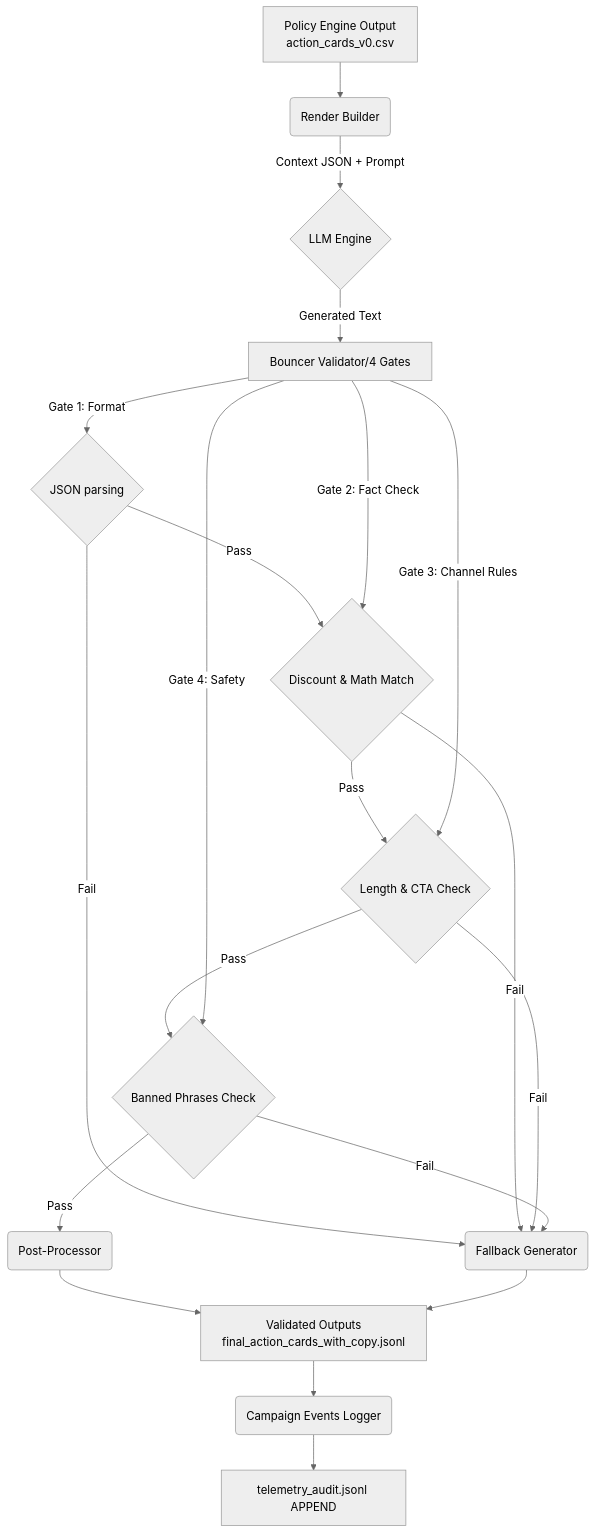
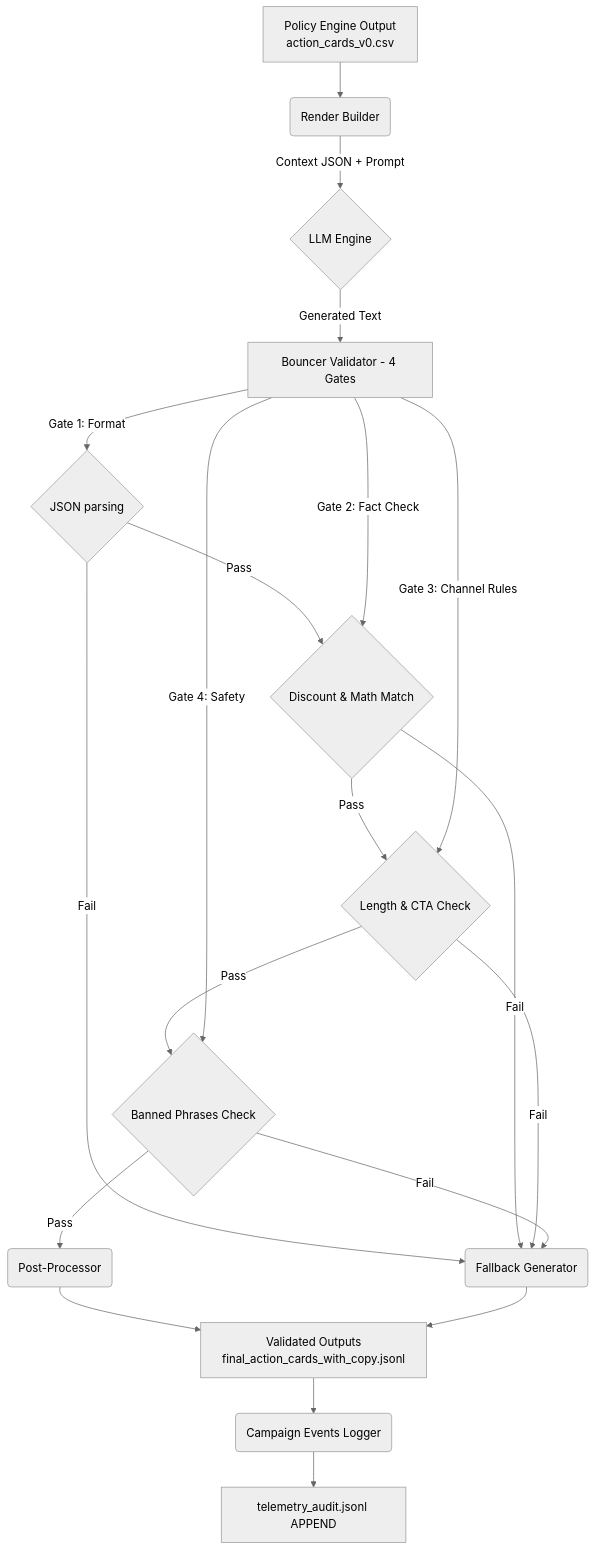
The diagram in docs/architecture/LLM_Explainer_Bouncer_Pattern_Architecture_v0.md (by2566-hash/CPG-Decision-Engine-MVP-v0), drawn with Mermaid (neutral theme) before and after one commit.

````diff
--- a/docs/architecture/LLM_Explainer_Bouncer_Pattern_Architecture_v0.md
+++ b/docs/architecture/LLM_Explainer_Bouncer_Pattern_Architecture_v0.md
@@ -11,26 +11,26 @@
 ```mermaid
 flowchart TD
     A[Policy Engine Output\naction_cards_v0.csv] --> B(Render Builder)
     B -->|Context JSON + Prompt| C{LLM Engine}
-    C -->|Generated Text| D[Bouncer Validator/4 Gates]
+    C -->|Generated Text| D[Bouncer Validator - 4 Gates]
     
     D -->|Gate 1: Format| G1{JSON parsing}
     G1 -->|Pass| G2
     
     D -->|Gate 2: Fact Check| G2{Discount & Math Match}
     G2 -->|Pass| G3
     
     D -->|Gate 3: Channel Rules| G3{Length & CTA Check}
     G3 -->|Pass| G4
     
     D -->|Gate 4: Safety| G4{Banned Phrases Check}
     
     G4 -->|Pass| E(Post-Processor)
     G1 & G2 & G3 & G4 -->|Fail| F(Fallback Generator)
     
     E --> H[Validated Outputs\nfinal_action_cards_with_copy.jsonl]
     F --> H
     
     H --> I(Campaign Events Logger)
     I --> J[telemetry_audit.jsonl APPEND]
 ```
````
